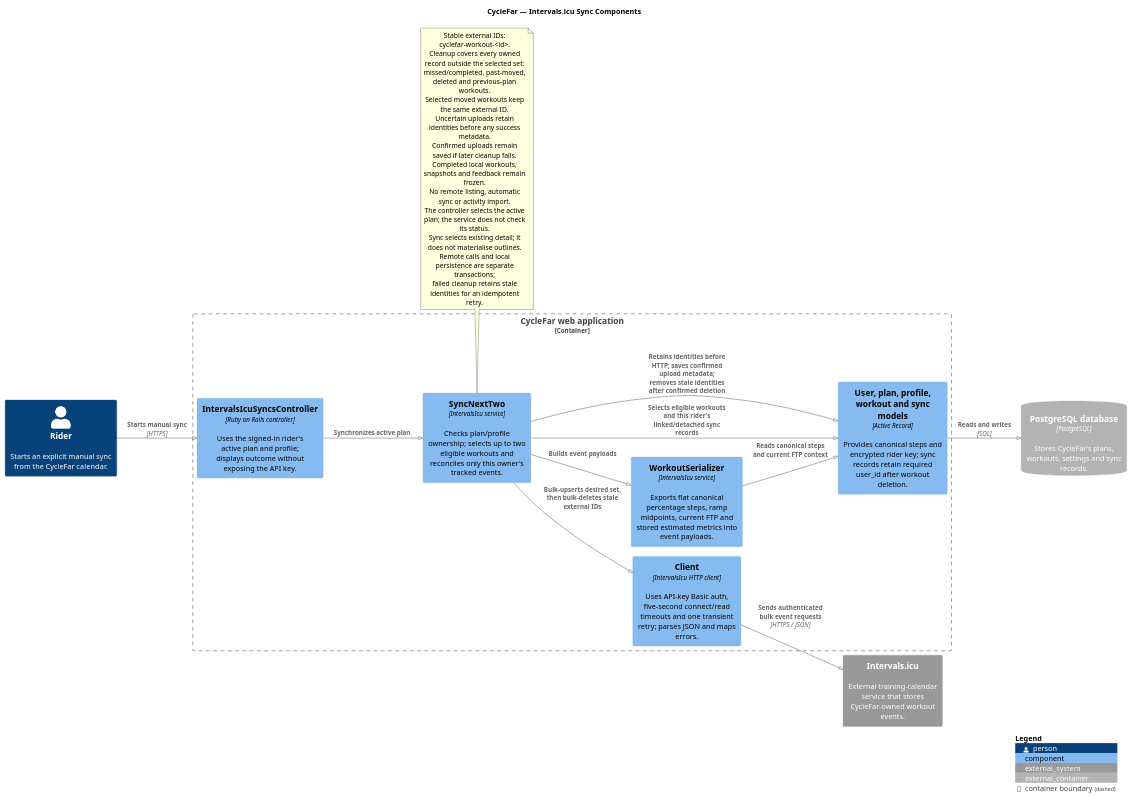
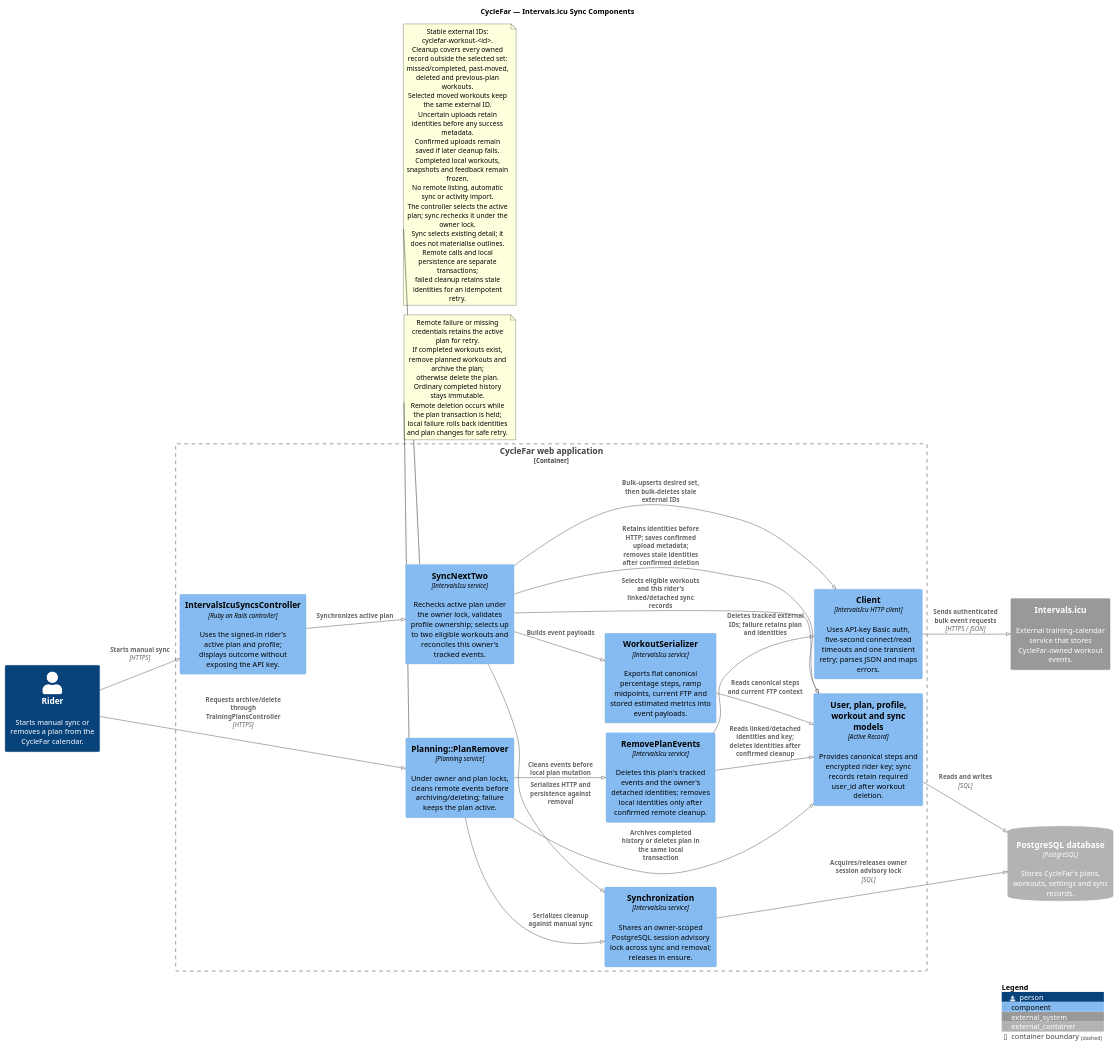
Before and after one commit to richardhartme/cyclefar: the diagram in docs/diagrams/component-cyclefar-intervals-icu-sync.puml, drawn with PlantUML. The commit also changed 16 other files, not shown here.

Commit message:
CYF-81 Update workout adjustment documentation and diagrams

```diff
--- a/docs/diagrams/component-cyclefar-intervals-icu-sync.puml
+++ b/docs/diagrams/component-cyclefar-intervals-icu-sync.puml
@@ -1,48 +1,67 @@
 @startuml
 !pragma layout smetana
 ' Scope and limitations: README.md
 !include https://raw.githubusercontent.com/plantuml-stdlib/C4-PlantUML/master/C4_Component.puml
 
 title CycleFar — Intervals.icu Sync Components
 
 LAYOUT_LEFT_RIGHT()
 
-Person(rider, "Rider", "Starts an explicit manual sync from the CycleFar calendar.")
+Person(rider, "Rider", "Starts manual sync or removes a plan from the CycleFar calendar.")
 System_Ext(intervals_icu, "Intervals.icu", "External training-calendar service that stores CycleFar-owned workout events.")
 ContainerDb_Ext(database, "PostgreSQL database", "PostgreSQL", "Stores CycleFar's plans, workouts, settings and sync records.")
 
 Container_Boundary(web_application, "CycleFar web application") {
   Component(controller, "IntervalsIcuSyncsController", "Ruby on Rails controller", "Uses the signed-in rider's active plan and profile; displays outcome without exposing the API key.")
-  Component(sync, "SyncNextTwo", "IntervalsIcu service", "Checks plan/profile ownership; selects up to two eligible workouts and reconciles only this owner's tracked events.")
+  Component(sync, "SyncNextTwo", "IntervalsIcu service", "Rechecks active plan under the owner lock, validates profile ownership; selects up to two eligible workouts and reconciles this owner's tracked events.")
+  Component(remover, "Planning::PlanRemover", "Planning service", "Under owner and plan locks, cleans remote events before archiving/deleting; failure keeps the plan active.")
+  Component(cleanup, "RemovePlanEvents", "IntervalsIcu service", "Deletes this plan's tracked events and the owner's detached identities; removes local identities only after confirmed remote cleanup.")
+  Component(synchronization, "Synchronization", "IntervalsIcu service", "Shares an owner-scoped PostgreSQL session advisory lock across sync and removal; releases in ensure.")
   Component(serializer, "WorkoutSerializer", "IntervalsIcu service", "Exports flat canonical percentage steps, ramp midpoints, current FTP and stored estimated metrics into event payloads.")
   Component(client, "Client", "IntervalsIcu HTTP client", "Uses API-key Basic auth, five-second connect/read timeouts and one transient retry; parses JSON and maps errors.")
   Component(models, "User, plan, profile, workout and sync models", "Active Record", "Provides canonical steps and encrypted rider key; sync records retain required user_id after workout deletion.")
 }
 
 Rel(rider, controller, "Starts manual sync", "HTTPS")
 Rel(controller, sync, "Synchronizes active plan")
+Rel(rider, remover, "Requests archive/delete through TrainingPlansController", "HTTPS")
+Rel(remover, synchronization, "Serializes cleanup against manual sync")
+Rel(sync, synchronization, "Serializes HTTP and persistence against removal")
+Rel(synchronization, database, "Acquires/releases owner session advisory lock", "SQL")
+Rel(remover, cleanup, "Cleans events before local plan mutation")
+Rel(cleanup, models, "Reads linked/detached identities and key; deletes identities after confirmed cleanup")
+Rel(cleanup, client, "Deletes tracked external IDs; failure retains plan and identities")
+Rel(remover, models, "Archives completed history or deletes plan in the same local transaction")
 Rel(sync, models, "Selects eligible workouts and this rider's linked/detached sync records")
 Rel(sync, serializer, "Builds event payloads")
 Rel(serializer, models, "Reads canonical steps and current FTP context")
 Rel(sync, client, "Bulk-upserts desired set, then bulk-deletes stale external IDs")
 Rel(client, intervals_icu, "Sends authenticated bulk event requests", "HTTPS / JSON")
 Rel(sync, models, "Retains identities before HTTP; saves confirmed upload metadata; removes stale identities after confirmed deletion")
 Rel(models, database, "Reads and writes", "SQL")
 
 note bottom of sync
   Stable external IDs: cyclefar-workout-<id>.
   Cleanup covers every owned record outside the selected set:
   missed/completed, past-moved, deleted and previous-plan workouts.
   Selected moved workouts keep the same external ID.
   Uncertain uploads retain identities before any success metadata.
   Confirmed uploads remain saved if later cleanup fails.
   Completed local workouts, snapshots and feedback remain frozen.
   No remote listing, automatic sync or activity import.
-  The controller selects the active plan; the service does not check its status.
+  The controller selects the active plan; sync rechecks it under the owner lock.
   Sync selects existing detail; it does not materialise outlines.
   Remote calls and local persistence are separate transactions;
   failed cleanup retains stale identities for an idempotent retry.
 end note
 
+note bottom of remover
+  Remote failure or missing credentials retains the active plan for retry.
+  If completed workouts exist, remove planned workouts and archive the plan;
+  otherwise delete the plan. Ordinary completed history stays immutable.
+  Remote deletion occurs while the plan transaction is held;
+  local failure rolls back identities and plan changes for safe retry.
+end note
+
 SHOW_LEGEND()
 @enduml
```
